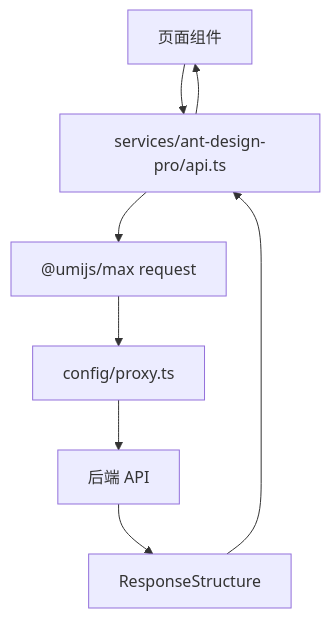
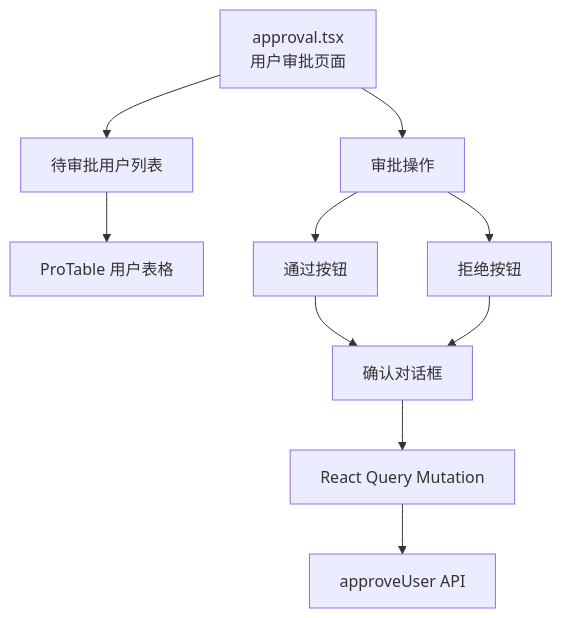
The seventh of 9 diagrams in .qoder/repowiki/zh/content/前端应用/管理端 Web 应用.md (good-zheng/po), drawn with Mermaid before and after one commit. The commit also changed other lines of this file and 40 other files, not shown here.

````diff
--- a/.qoder/repowiki/zh/content/前端应用/管理端 Web 应用.md
+++ b/.qoder/repowiki/zh/content/前端应用/管理端 Web 应用.md
@@ -257,10 +267,12 @@
 ```mermaid
 flowchart TD
-Page["页面组件"] --> Service["services/ant-design-pro/api.ts"]
-Service --> Request["@umijs/max request"]
-Request --> Proxy["config/proxy.ts"]
-Proxy --> Backend["后端 API"]
-Backend --> Response["ResponseStructure"]
-Response --> Service
-Service --> Page
+ApprovalPage["approval.tsx<br/>用户审批页面"] --> PendingList["待审批用户列表"]
+ApprovalPage --> ApprovalActions["审批操作"]
+PendingList --> UserTable["ProTable 用户表格"]
+ApprovalActions --> ApproveBtn["通过按钮"]
+ApprovalActions --> RejectBtn["拒绝按钮"]
+ApproveBtn --> ConfirmModal["确认对话框"]
+RejectBtn --> ConfirmModal
+ConfirmModal --> Mutation["React Query Mutation"]
+Mutation --> API["approveUser API"]
 ```
````
